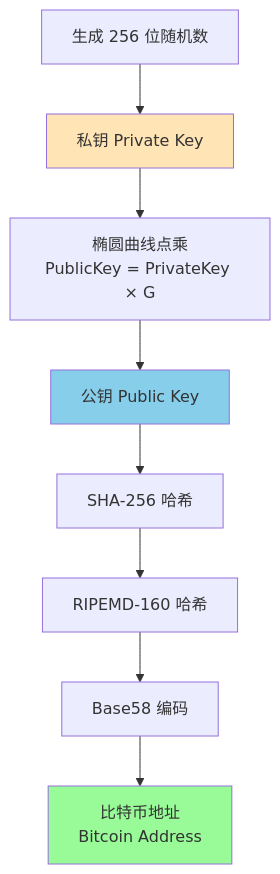
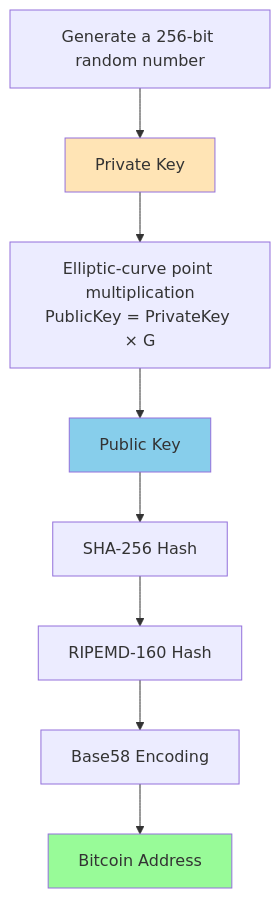
One commit to stefanSuYiGuo/bitcoin-simplifier changed the fourth of 8 diagrams in docs/TECH_DESIGN.md. Above: the diagram before and after it, drawn with Mermaid. The commit also changed other lines of this file, not shown here.

Commit message:
Detail the system architecture and component interactions

````diff
--- a/docs/TECH_DESIGN.md
+++ b/docs/TECH_DESIGN.md
@@ -235,14 +235,14 @@
 ```mermaid
 flowchart TD
-    A[生成 256 位随机数] --> B[私钥 Private Key]
-    B --> C[椭圆曲线点乘<br/>PublicKey = PrivateKey × G]
-    C --> D[公钥 Public Key]
-    D --> E[SHA-256 哈希]
-    E --> F[RIPEMD-160 哈希]
-    F --> G[Base58 编码]
-    G --> H[比特币地址<br/>Bitcoin Address]
+    A[Generate a 256-bit random number] --> B[Private Key]
+    B --> C[Elliptic-curve point multiplication<br/>PublicKey = PrivateKey × G]
+    C --> D[Public Key]
+    D --> E[SHA-256 Hash]
+    E --> F[RIPEMD-160 Hash]
+    F --> G[Base58 Encoding]
+    G --> H[Bitcoin Address]
     
     style B fill:#FFE4B5
     style D fill:#87CEEB
     style H fill:#98FB98
 ```
````
